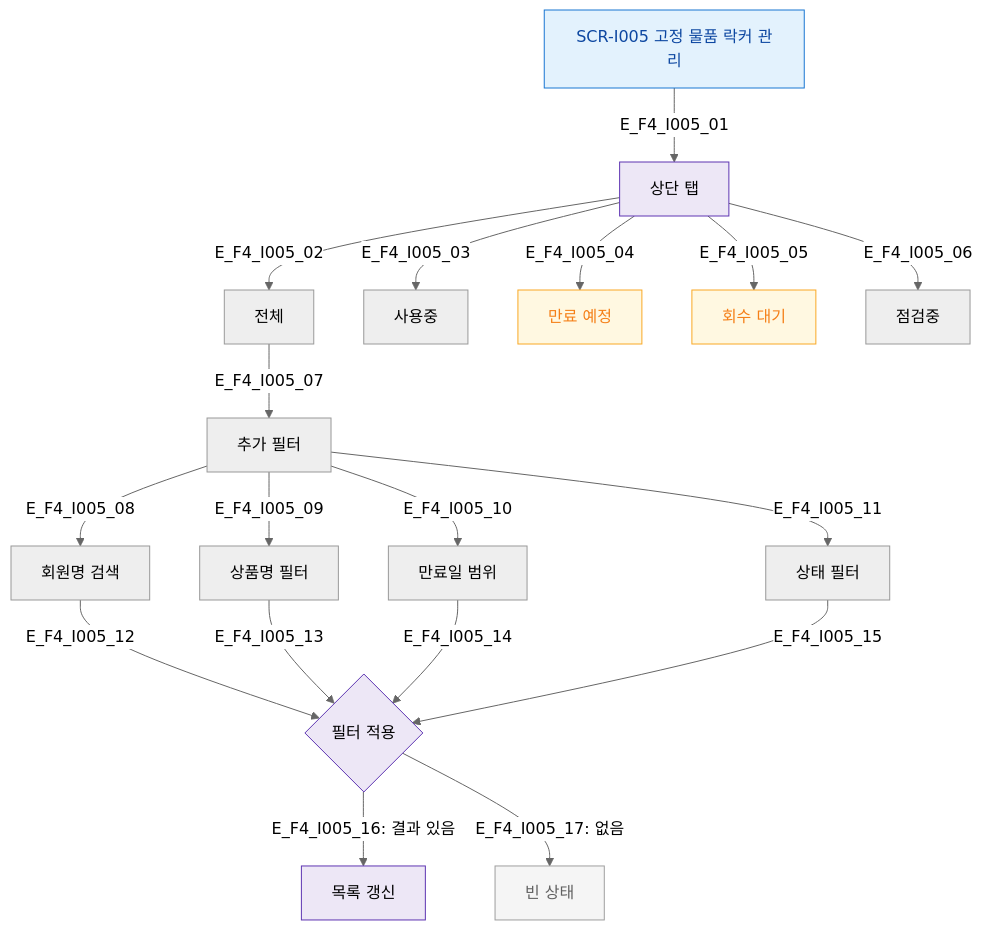
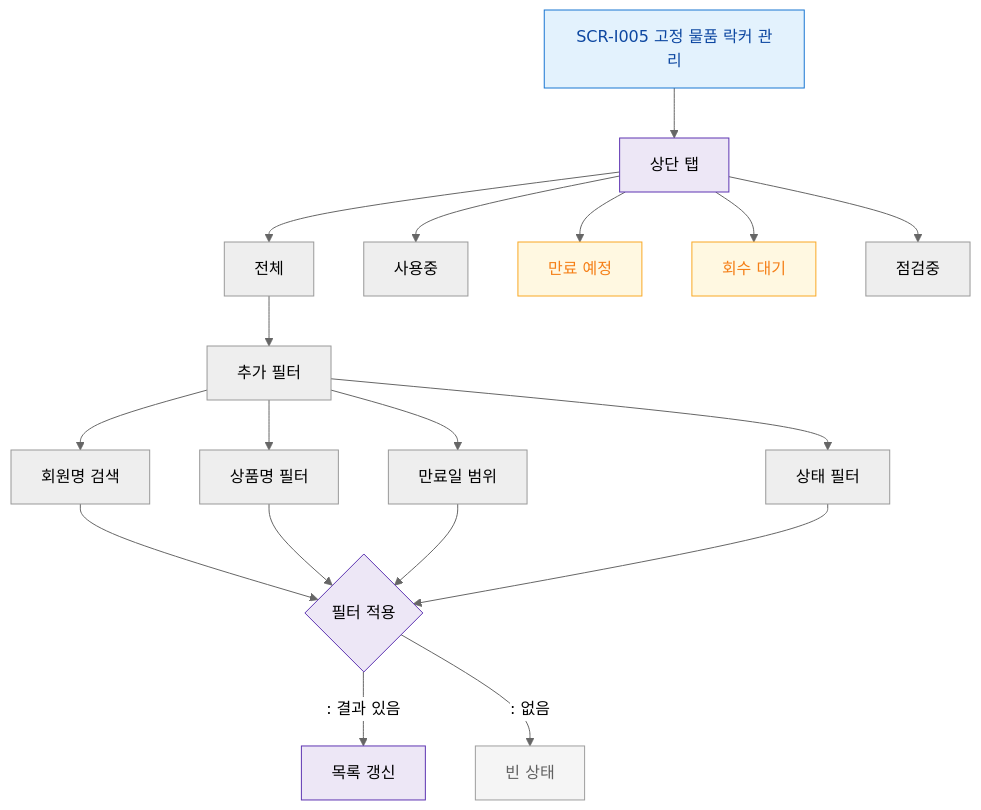
Before and after one commit to dev-spogym/admin-pando: the diagram in docs/다이어그램/D11_통합운영/SCR-I005_고정물품락커관리/F4_필터검색.md, drawn with Mermaid (neutral theme). The commit also changed other lines of this file and 1660 other files, not shown here.

First line of the commit message:
다이어그램: 기획자/클라이언트 납품본으로 정리

````diff
--- a/docs/다이어그램/D11_통합운영/SCR-I005_고정물품락커관리/F4_필터검색.md
+++ b/docs/다이어그램/D11_통합운영/SCR-I005_고정물품락커관리/F4_필터검색.md
@@ -16,33 +14,33 @@
 ```mermaid
 flowchart TD
-    SCR_I005[SCR-I005 고정 물품 락커 관리] -->|E_F4_I005_01| TABS[상단 탭]
+    SCR_I005[SCR-I005 고정 물품 락커 관리] --> TABS[상단 탭]
 
-    TABS -->|E_F4_I005_02| TAB_ALL[전체]
-    TABS -->|E_F4_I005_03| TAB_USED[사용중]
-    TABS -->|E_F4_I005_04| TAB_EXPIRE[만료 예정]
-    TABS -->|E_F4_I005_05| TAB_RECLAIM[회수 대기]
-    TABS -->|E_F4_I005_06| TAB_CHECK[점검중]
+    TABS --> TAB_ALL[전체]
+    TABS --> TAB_USED[사용중]
+    TABS --> TAB_EXPIRE[만료 예정]
+    TABS --> TAB_RECLAIM[회수 대기]
+    TABS --> TAB_CHECK[점검중]
 
-    TAB_ALL -->|E_F4_I005_07| FILTER[추가 필터]
-    FILTER -->|E_F4_I005_08| F_MEMBER[회원명 검색]
-    FILTER -->|E_F4_I005_09| F_PRODUCT[상품명 필터]
-    FILTER -->|E_F4_I005_10| F_DATE[만료일 범위]
-    FILTER -->|E_F4_I005_11| F_STATUS[상태 필터]
+    TAB_ALL --> FILTER[추가 필터]
+    FILTER --> F_MEMBER[회원명 검색]
+    FILTER --> F_PRODUCT[상품명 필터]
+    FILTER --> F_DATE[만료일 범위]
+    FILTER --> F_STATUS[상태 필터]
 
-    F_MEMBER -->|E_F4_I005_12| APPLY{필터 적용}
-    F_PRODUCT -->|E_F4_I005_13| APPLY
-    F_DATE -->|E_F4_I005_14| APPLY
-    F_STATUS -->|E_F4_I005_15| APPLY
+    F_MEMBER --> APPLY{필터 적용}
+    F_PRODUCT --> APPLY
+    F_DATE --> APPLY
+    F_STATUS --> APPLY
 
-    APPLY -->|"E_F4_I005_16: 결과 있음"| TABLE[목록 갱신]
-    APPLY -->|"E_F4_I005_17: 없음"| EMPTY[빈 상태]
+    APPLY -->|": 결과 있음"|TABLE[목록 갱신]
+    APPLY -->|": 없음"|EMPTY[빈 상태]
 
-    classDef screen       fill:#E3F2FD,stroke:#1976D2,color:#0D47A1
-    classDef system       fill:#EDE7F6,stroke:#5E35B2
-    classDef warning      fill:#FFF8E1,stroke:#F9A825,color:#F57F17
-    classDef rbacBlocked  fill:#F5F5F5,stroke:#9E9E9E,color:#616161
+    classDef screen fill:#E3F2FD,stroke:#1976D2,color:#0D47A1
+    classDef system fill:#EDE7F6,stroke:#5E35B2
+    classDef warning fill:#FFF8E1,stroke:#F9A825,color:#F57F17
+    classDef rbacBlocked fill:#F5F5F5,stroke:#9E9E9E,color:#616161
     class SCR_I005 screen
     class APPLY,TABLE,TABS system
     class TAB_EXPIRE,TAB_RECLAIM warning
     class EMPTY rbacBlocked
 ```
````
